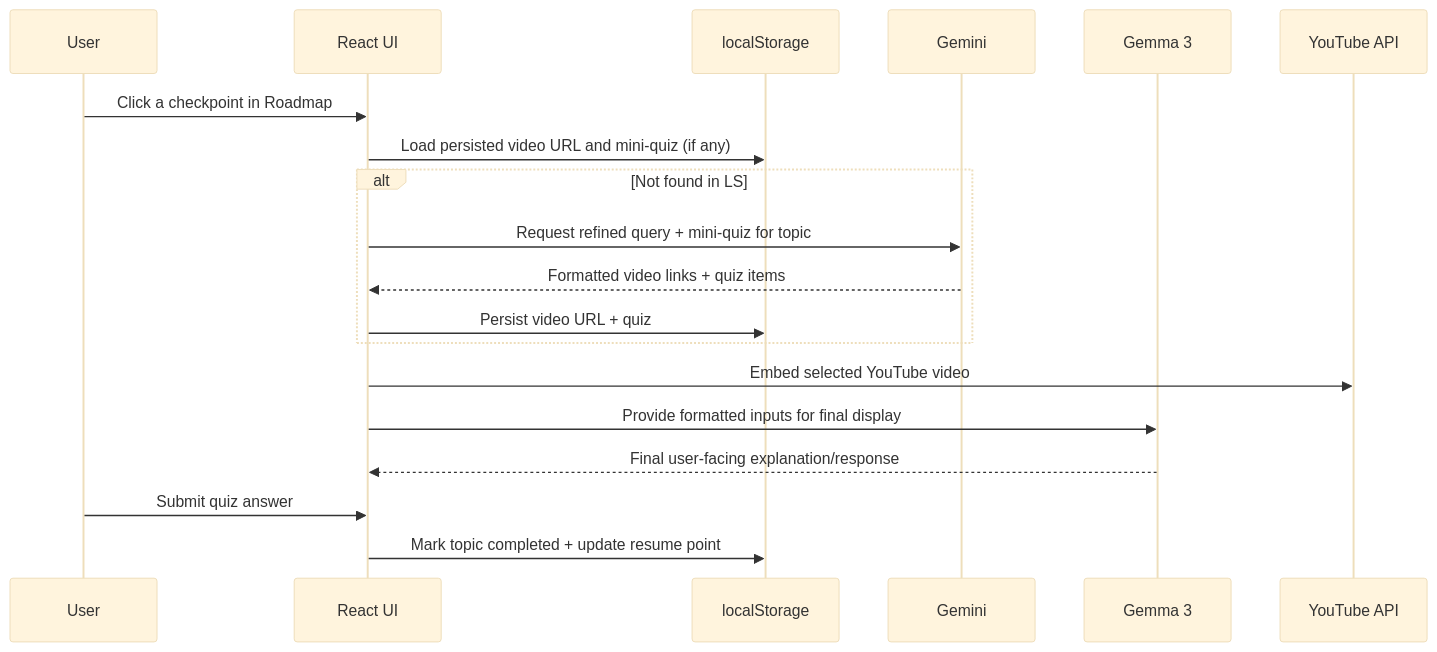
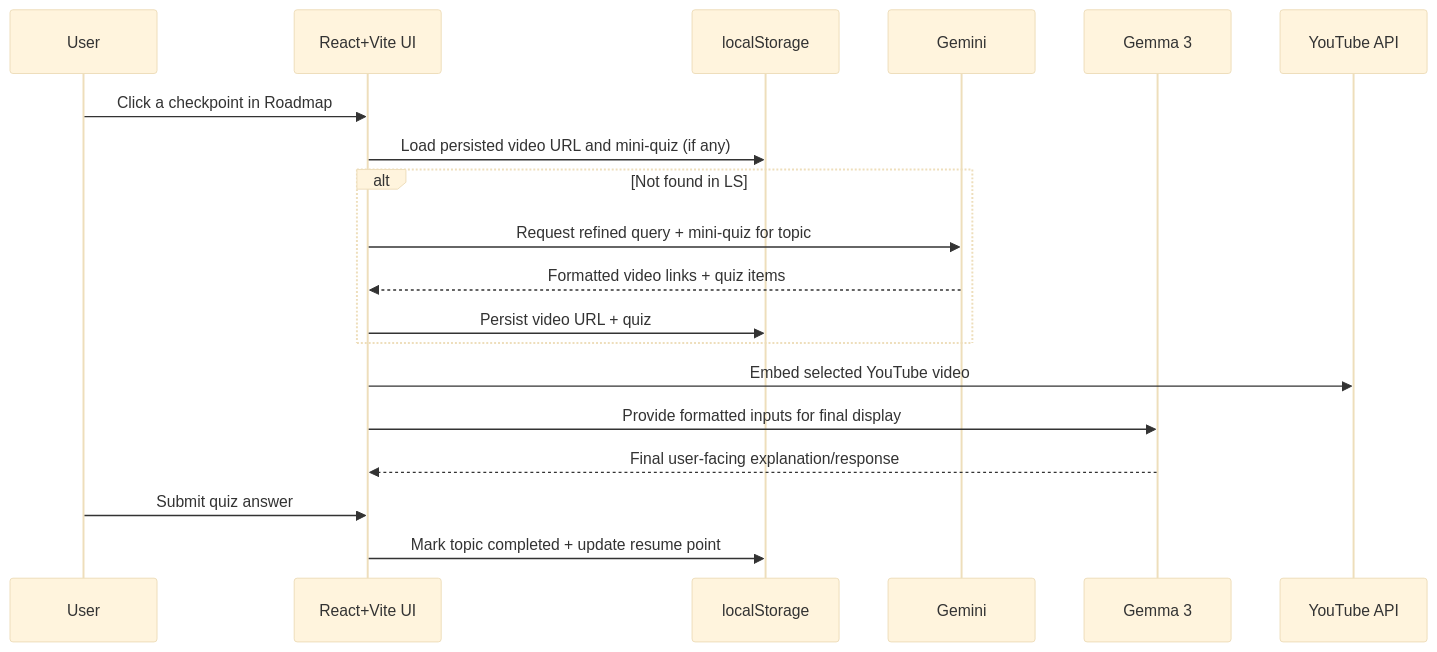
Before and after one commit to jaiaadhithya/questly: the second of 2 diagrams in ARCHITECTURE.md, drawn with Mermaid (base theme). The commit also changed other lines of this file, not shown here.

First line of the commit message:
Revise architecture overview and data flow details

````diff
--- a/ARCHITECTURE.md
+++ b/ARCHITECTURE.md
@@ -45,22 +62,22 @@
 ```mermaid
 sequenceDiagram
   participant U as User
-  participant UI as React UI
+  participant UI as React+Vite UI
   participant LS as localStorage
   participant G as Gemini
   participant M as Gemma 3
   participant Y as YouTube API
 
   U->>UI: Click a checkpoint in Roadmap
   UI->>LS: Load persisted video URL and mini-quiz (if any)
   alt Not found in LS
     UI->>G: Request refined query + mini-quiz for topic
     G-->>UI: Formatted video links + quiz items
     UI->>LS: Persist video URL + quiz
   end
   UI->>Y: Embed selected YouTube video
   UI->>M: Provide formatted inputs for final display
   M-->>UI: Final user-facing explanation/response
   U->>UI: Submit quiz answer
   UI->>LS: Mark topic completed + update resume point
 ```
````
